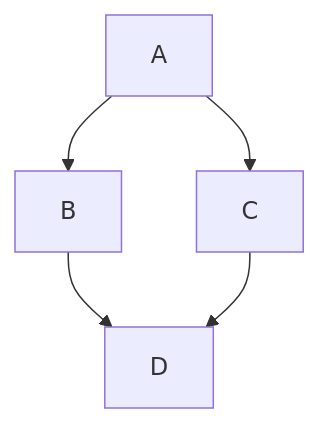
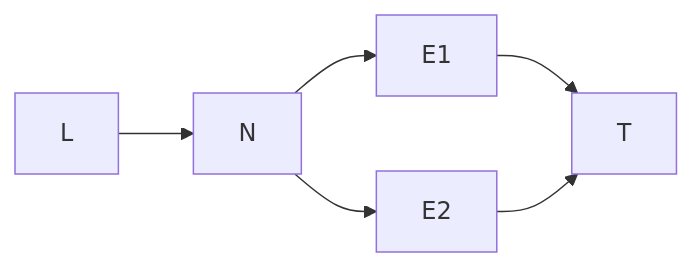
Diagram 14 of 14 in estudo/06_padroes_de_paralelismo.md (HerikDR/estudo-comp-escalavel), drawn with Mermaid before and after one commit. The commit also changed other lines of this file and 9 other files, not shown here.

````diff
--- a/estudo/06_padroes_de_paralelismo.md
+++ b/estudo/06_padroes_de_paralelismo.md
@@ -82,7 +672,5 @@
 ```mermaid
-flowchart TD
-    A --> B
-    A --> C
-    B --> D
-    C --> D
+flowchart LR
+    L --> N --> E1 --> T
+    N --> E2 --> T
 ```
````
